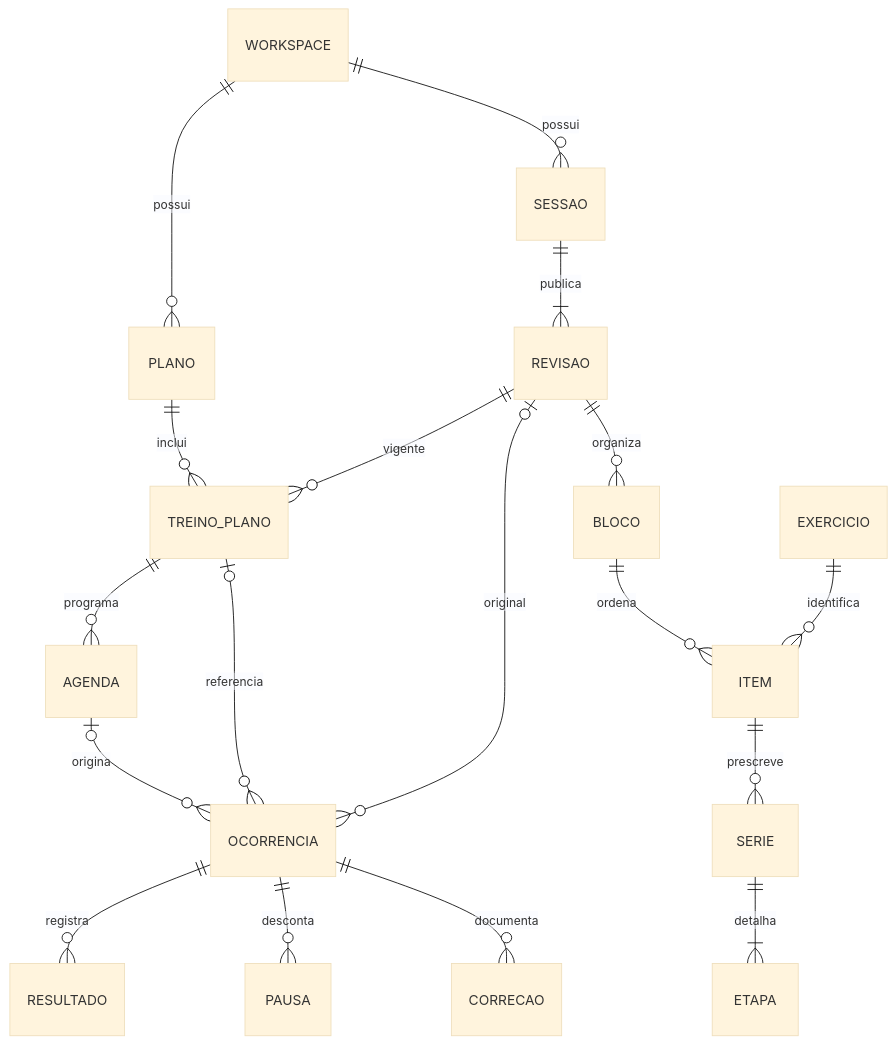
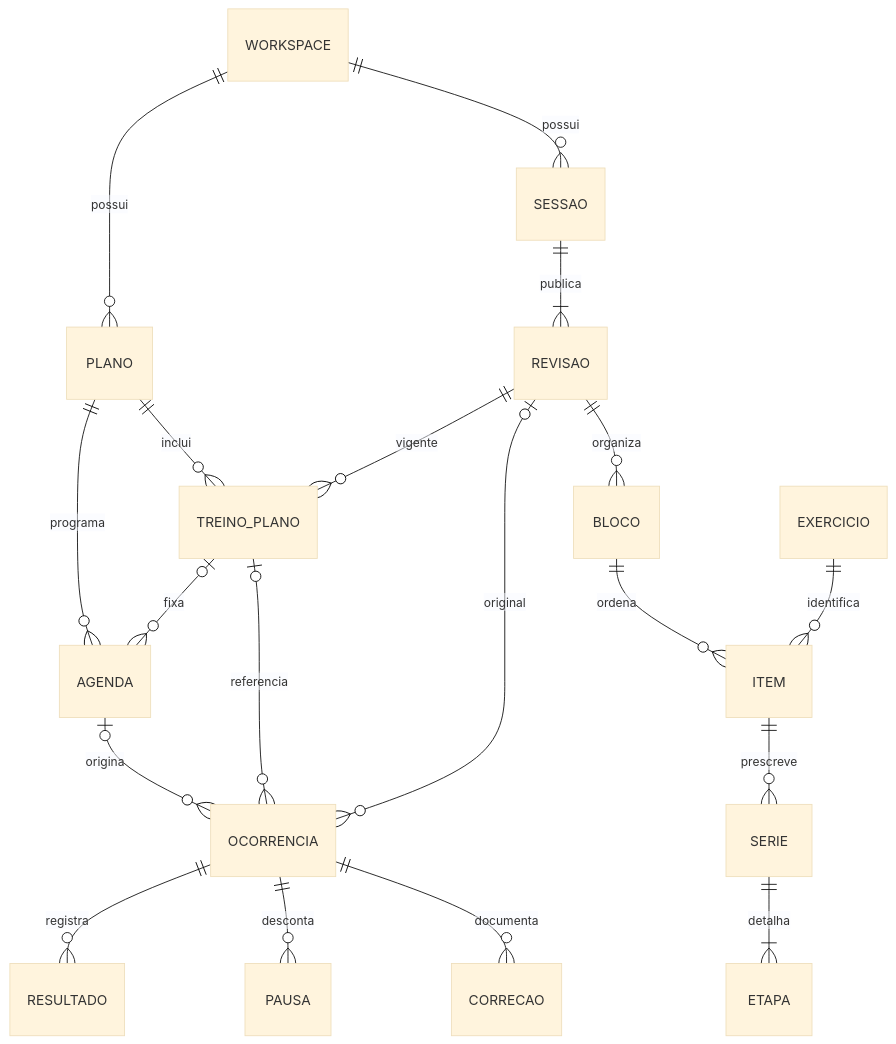
The diagram in docs/architecture/MODELO-DE-TREINO-PROPOSTO.md (fradelli/nextjs-kaizen-app), drawn with Mermaid (base theme) before and after one commit. The commit also changed other lines of this file and 15 other files, not shown here.

Commit message:
docs: consolidate agenda rules architecture and implementation roadmap

```diff
--- a/docs/architecture/MODELO-DE-TREINO-PROPOSTO.md
+++ b/docs/architecture/MODELO-DE-TREINO-PROPOSTO.md
@@ -21,20 +23,21 @@
 ~~~mermaid
 erDiagram
     WORKSPACE ||--o{ PLANO : possui
     WORKSPACE ||--o{ SESSAO : possui
     SESSAO ||--|{ REVISAO : publica
     PLANO ||--o{ TREINO_PLANO : inclui
     REVISAO ||--o{ TREINO_PLANO : vigente
     REVISAO ||--o{ BLOCO : organiza
     BLOCO ||--o{ ITEM : ordena
     EXERCICIO ||--o{ ITEM : identifica
     ITEM ||--o{ SERIE : prescreve
     SERIE ||--|{ ETAPA : detalha
-    TREINO_PLANO ||--o{ AGENDA : programa
+    PLANO ||--o{ AGENDA : programa
+    TREINO_PLANO o|--o{ AGENDA : fixa
     AGENDA o|--o{ OCORRENCIA : origina
     TREINO_PLANO o|--o{ OCORRENCIA : referencia
     REVISAO o|--o{ OCORRENCIA : original
     OCORRENCIA ||--o{ RESULTADO : registra
     OCORRENCIA ||--o{ PAUSA : desconta
     OCORRENCIA ||--o{ CORRECAO : documenta
 ~~~
```
